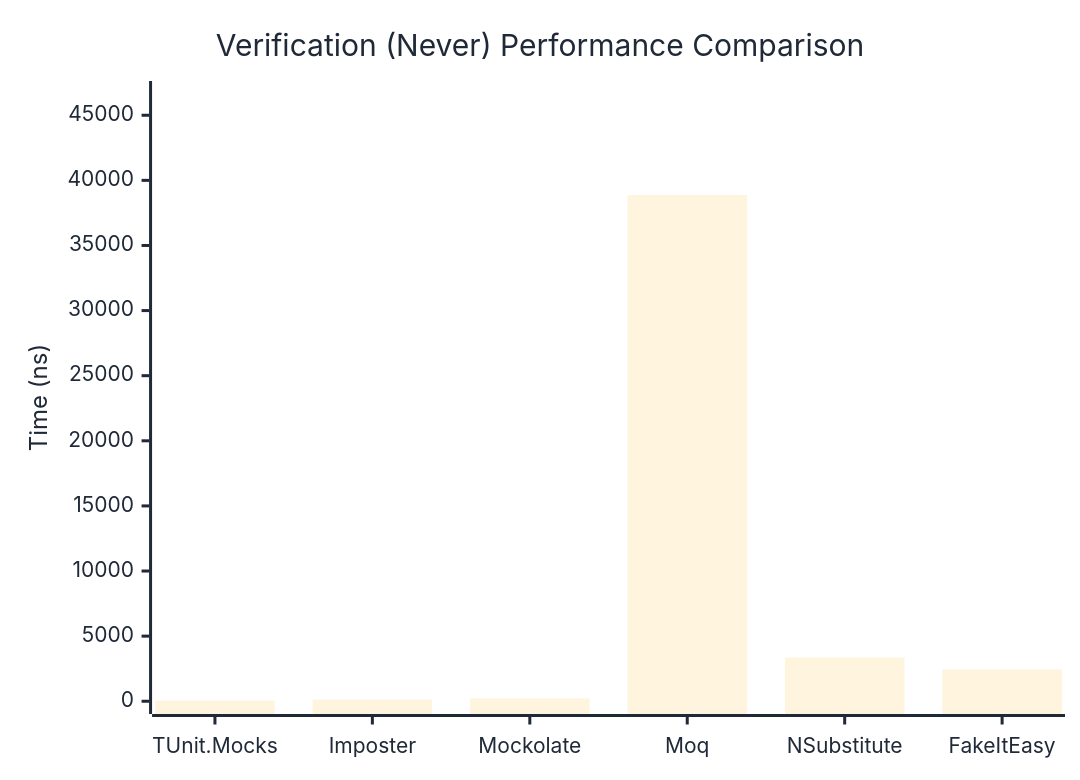
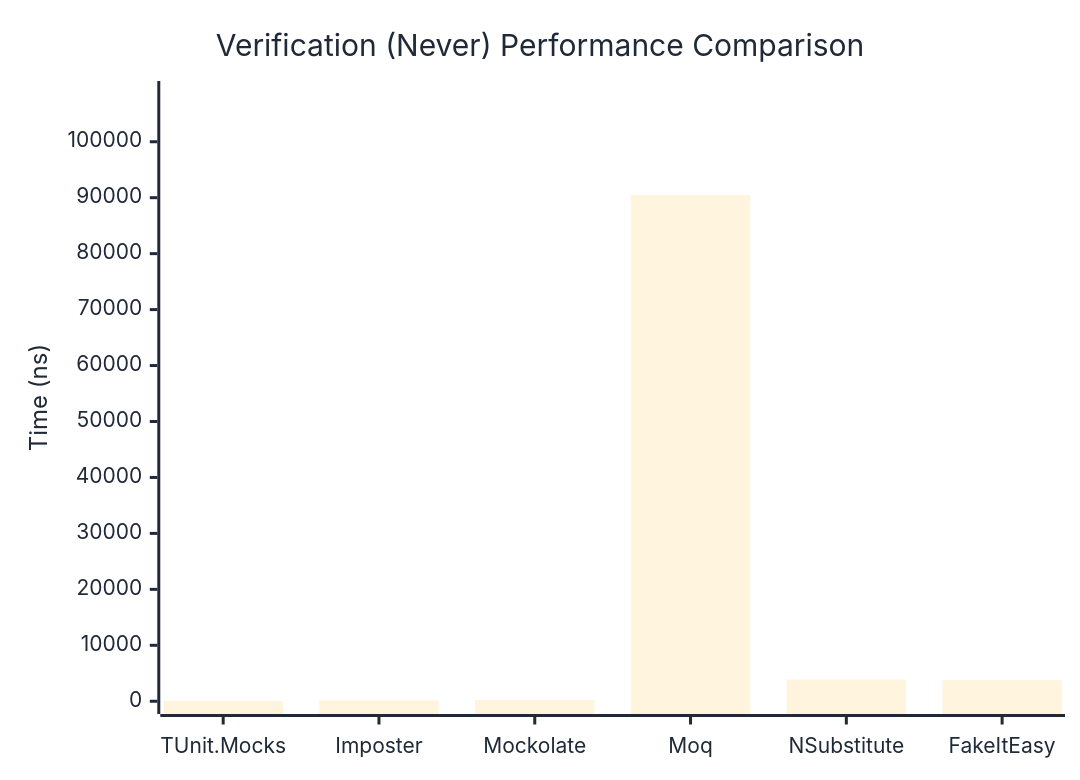
One commit to thomhurst/TUnit changed the second of 3 diagrams in docs/docs/benchmarks/mocks/Verification.md. Above: the diagram before and after it, drawn with Mermaid. The commit also changed other lines of this file and 14 other files, not shown here.

````diff
--- a/docs/docs/benchmarks/mocks/Verification.md
+++ b/docs/docs/benchmarks/mocks/Verification.md
@@ -71,27 +71,27 @@
 ```mermaid
 %%{init: {
   'theme':'base',
   'themeVariables': {
     'primaryColor': '#2563eb',
     'primaryTextColor': '#1f2937',
     'primaryBorderColor': '#1e40af',
     'lineColor': '#6b7280',
     'secondaryColor': '#7c3aed',
     'tertiaryColor': '#dc2626',
     'background': '#ffffff',
     'pie1': '#2563eb',
     'pie2': '#7c3aed',
     'pie3': '#dc2626',
     'pie4': '#f59e0b',
     'pie5': '#10b981',
     'pie6': '#06b6d4',
     'pie7': '#ec4899',
     'pie8': '#6366f1'
   }
 }}%%
 xychart-beta
   title "Verification (Never) Performance Comparison"
   x-axis ["TUnit.Mocks", "Imposter", "Mockolate", "Moq", "NSubstitute", "FakeItEasy"]
-  y-axis "Time (ns)" 0 --> 46651
-  bar [47.23, 123.07, 213.59, 38875.1, 3351.63, 2446.15]
+  y-axis "Time (ns)" 0 --> 108579
+  bar [59.81, 142.2, 249.29, 90482.33, 3880.3, 3747.48]
 ```
````
